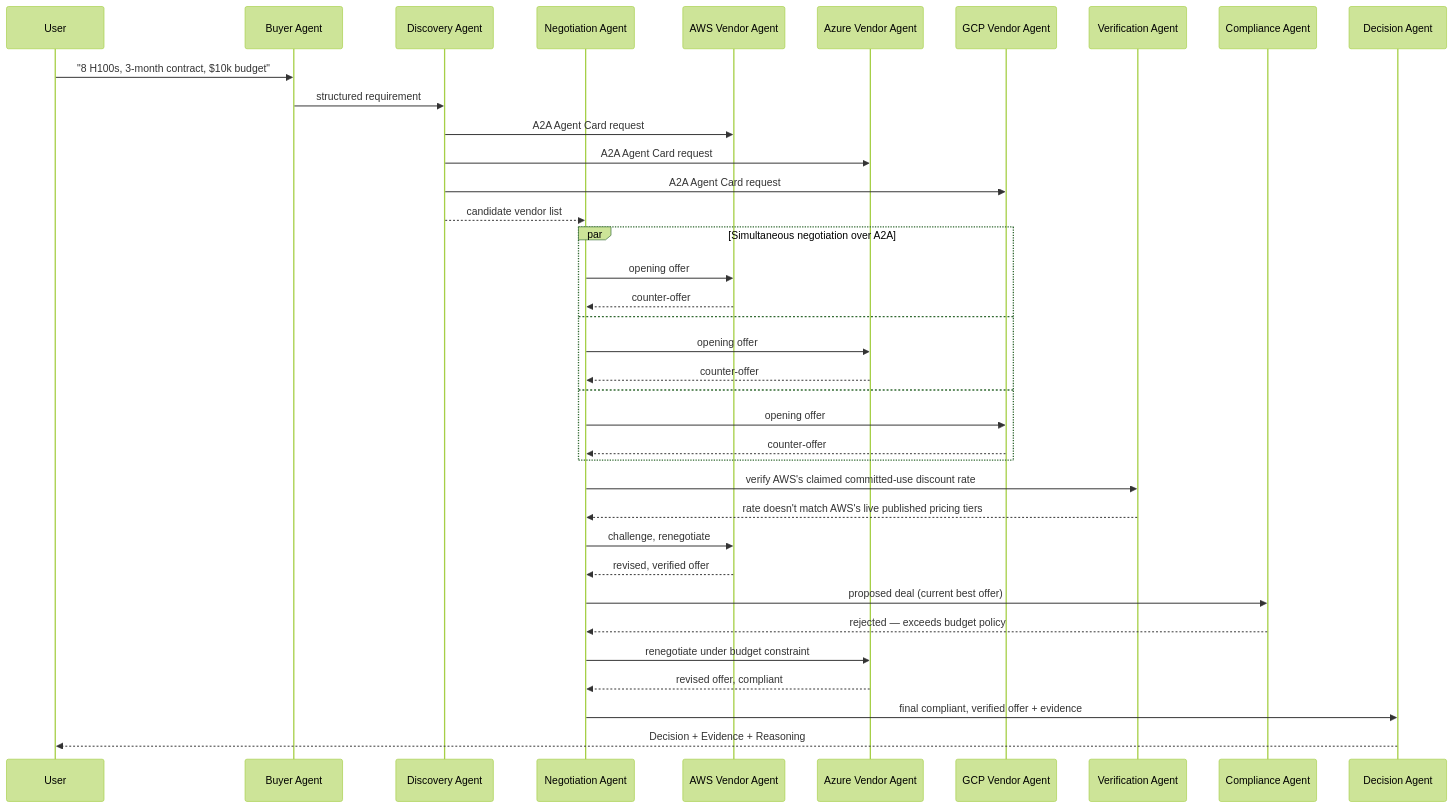
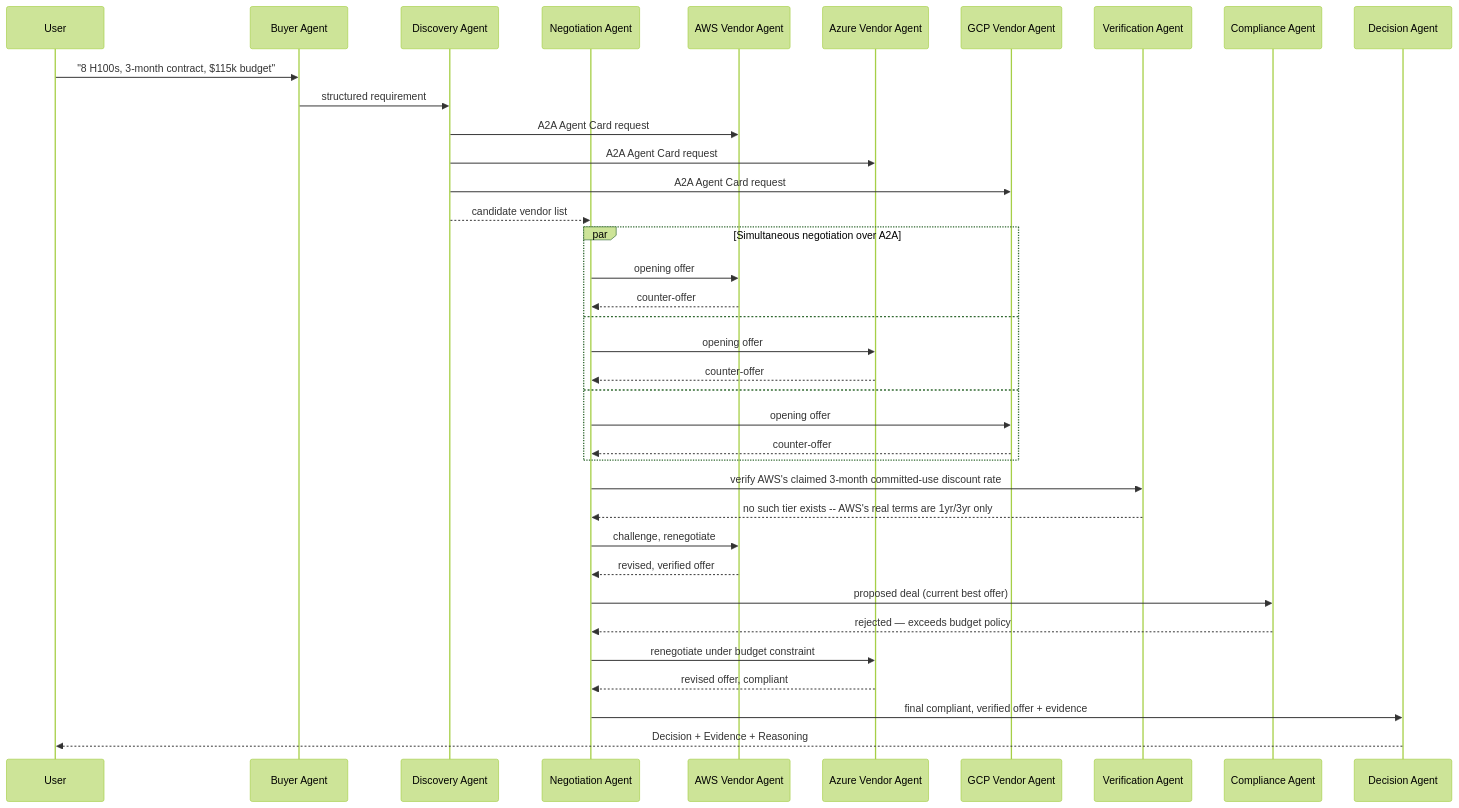
Before and after one commit to maha-rk/pact: the third of 5 diagrams in docs/ARCHITECTURE.md, drawn with Mermaid (forest theme). The commit also changed 15 other files, not shown here.

First line of the commit message:
Wire real AWS/Azure pricing and recalibrate the flagship scenario

````diff
--- a/docs/ARCHITECTURE.md
+++ b/docs/ARCHITECTURE.md
@@ -71,44 +71,44 @@
 ```mermaid
 sequenceDiagram
     participant U as User
     participant B as Buyer Agent
     participant D as Discovery Agent
     participant N as Negotiation Agent
     participant AWS as AWS Vendor Agent
     participant AZ as Azure Vendor Agent
     participant GCP as GCP Vendor Agent
     participant V as Verification Agent
     participant C as Compliance Agent
     participant Dec as Decision Agent
 
-    U->>B: "8 H100s, 3-month contract, $10k budget"
+    U->>B: "8 H100s, 3-month contract, $115k budget"
     B->>D: structured requirement
     D->>AWS: A2A Agent Card request
     D->>AZ: A2A Agent Card request
     D->>GCP: A2A Agent Card request
     D-->>N: candidate vendor list
 
     par Simultaneous negotiation over A2A
         N->>AWS: opening offer
         AWS-->>N: counter-offer
     and
         N->>AZ: opening offer
         AZ-->>N: counter-offer
     and
         N->>GCP: opening offer
         GCP-->>N: counter-offer
     end
 
-    N->>V: verify AWS's claimed committed-use discount rate
-    V-->>N: rate doesn't match AWS's live published pricing tiers
+    N->>V: verify AWS's claimed 3-month committed-use discount rate
+    V-->>N: no such tier exists -- AWS's real terms are 1yr/3yr only
     N->>AWS: challenge, renegotiate
     AWS-->>N: revised, verified offer
 
     N->>C: proposed deal (current best offer)
     C-->>N: rejected — exceeds budget policy
     N->>AZ: renegotiate under budget constraint
     AZ-->>N: revised offer, compliant
 
     N->>Dec: final compliant, verified offer + evidence
     Dec-->>U: Decision + Evidence + Reasoning
 ```
````
